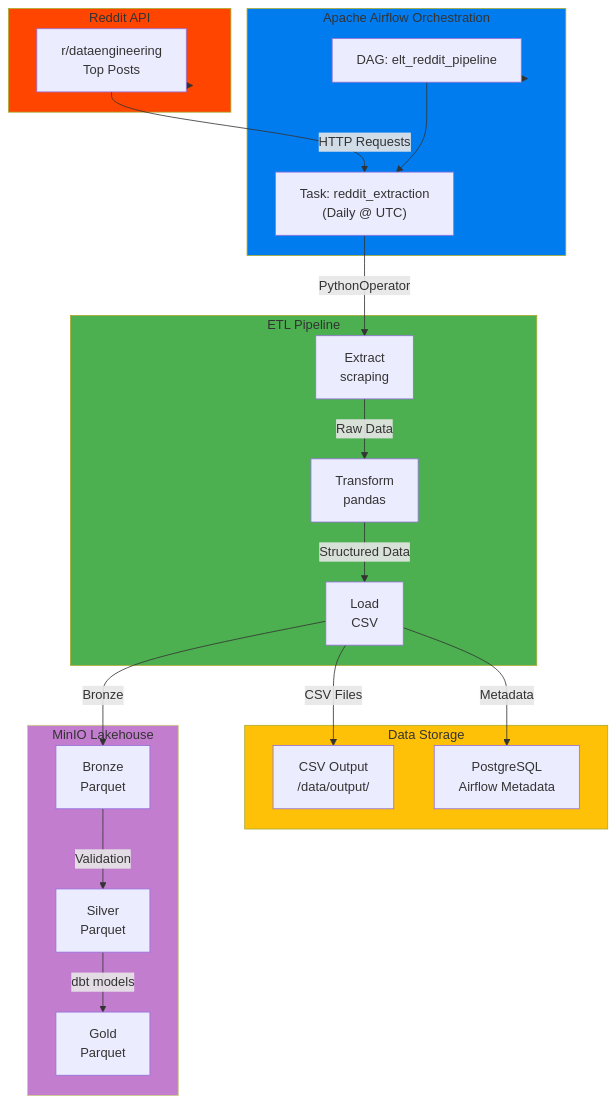
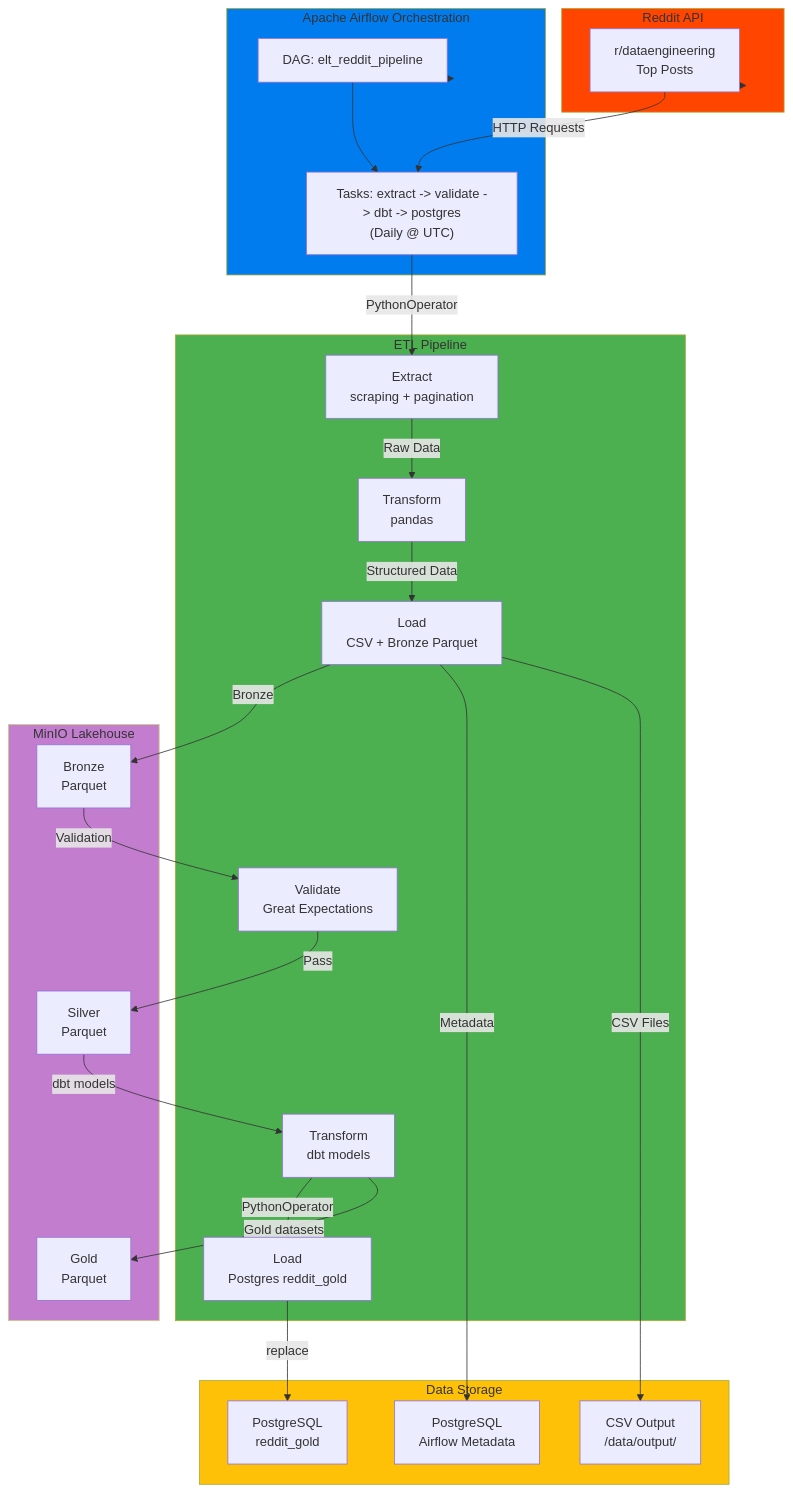
Before and after one commit to OmarJebbari/Reddit-Airflow-ETL-pipeline: the first of 2 diagrams in README.md, drawn with Mermaid. The commit also changed other lines of this file, not shown here.

Commit message:
docs: sync README with current DAG architecture and task chain

````diff
--- a/README.md
+++ b/README.md
@@ -23,48 +23,56 @@
 ```mermaid
 graph TB
     subgraph Reddit["Reddit API"]
         A["r/dataengineering<br/>Top Posts"]
     end
     
     subgraph Airflow["Apache Airflow Orchestration"]
         DAG["DAG: elt_reddit_pipeline"]
-        TASK["Task: reddit_extraction<br/>(Daily @ UTC)"]
+        TASK["Tasks: extract -> validate -> dbt -> postgres<br/>(Daily @ UTC)"]
     end
     
     subgraph Processing["ETL Pipeline"]
-        EXTRACT["Extract<br/>scraping"]
+        EXTRACT["Extract<br/>scraping + pagination"]
         TRANSFORM["Transform<br/>pandas"]
-        LOAD["Load<br/>CSV"]
+        LOAD["Load<br/>CSV + Bronze Parquet"]
+        VALIDATE["Validate<br/>Great Expectations"]
+        DBT["Transform<br/>dbt models"]
+        PGLOAD["Load<br/>Postgres reddit_gold"]
     end
     
     subgraph Storage["Data Storage"]
         CSV["CSV Output<br/>/data/output/"]
         DB["PostgreSQL<br/>Airflow Metadata"]
+        GOLDDB["PostgreSQL<br/>reddit_gold"]
     end
     
     subgraph Lakehouse["MinIO Lakehouse"]
         BRONZE["Bronze<br/>Parquet"]
         SILVER["Silver<br/>Parquet"]
         GOLD["Gold<br/>Parquet"]
     end
     
     Reddit --> A
     A -->|HTTP Requests| TASK
     Airflow --> DAG
     DAG --> TASK
     TASK -->|PythonOperator| EXTRACT
     EXTRACT -->|Raw Data| TRANSFORM
     TRANSFORM -->|Structured Data| LOAD
     LOAD -->|CSV Files| CSV
     LOAD -->|Metadata| DB
     
     LOAD -->|Bronze| BRONZE
-    BRONZE -->|Validation| SILVER
-    SILVER -->|dbt models| GOLD
+    BRONZE -->|Validation| VALIDATE
+    VALIDATE -->|Pass| SILVER
+    SILVER -->|dbt models| DBT
+    DBT -->|Gold datasets| GOLD
+    DBT -->|PythonOperator| PGLOAD
+    PGLOAD -->|replace| GOLDDB
     
     style Reddit fill:#FF4500
     style Airflow fill:#017CEE
     style Processing fill:#4CAF50
     style Storage fill:#FFC107
     style Lakehouse fill:#9C27B0,opacity:0.6
 ```
````
